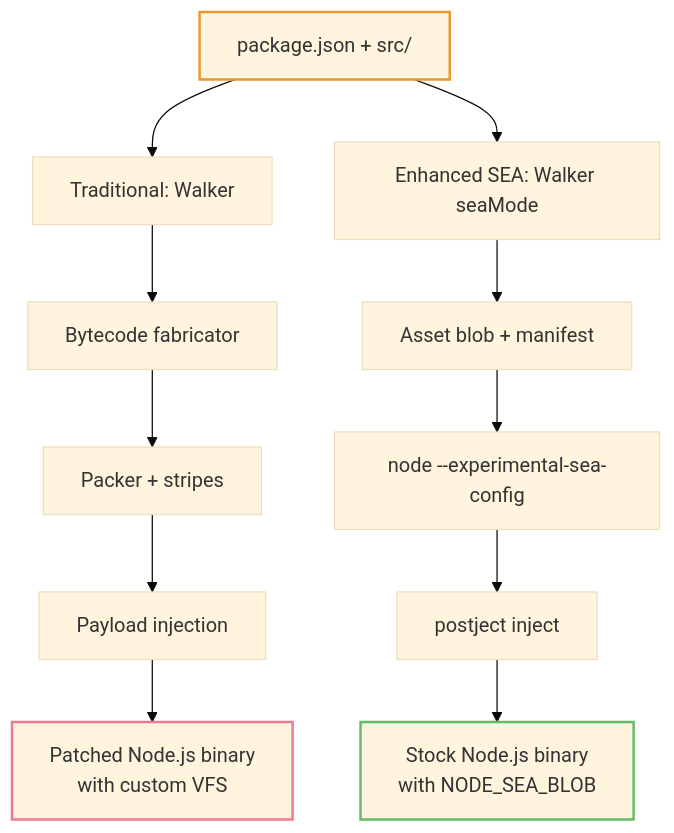
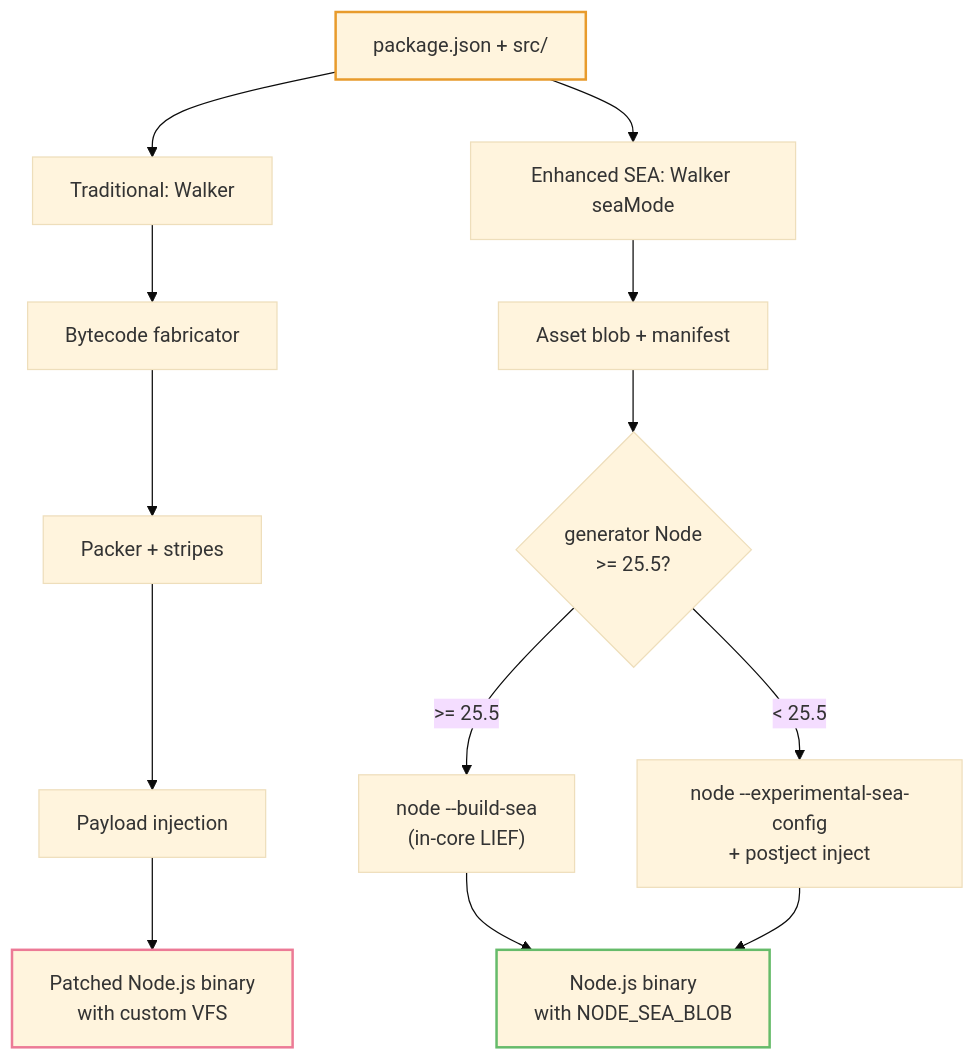
The first of 4 diagrams in docs/ARCHITECTURE.md (yao-pkg/pkg), drawn with Mermaid (base theme) before and after one commit. The commit also changed other lines of this file and 2 other files, not shown here.

````diff
--- a/docs/ARCHITECTURE.md
+++ b/docs/ARCHITECTURE.md
@@ -9,21 +9,23 @@
 ```mermaid
 flowchart TD
     P["package.json + src/"]
 
     P --> T1["Traditional: Walker"]
     P --> S1["Enhanced SEA: Walker seaMode"]
 
     T1 --> T2["Bytecode fabricator"]
     T2 --> T3["Packer + stripes"]
     T3 --> T4["Payload injection"]
     T4 --> TB["Patched Node.js binary<br/>with custom VFS"]
 
     S1 --> S2["Asset blob + manifest"]
-    S2 --> S3["node --experimental-sea-config"]
-    S3 --> S4["postject inject"]
-    S4 --> SB["Stock Node.js binary<br/>with NODE_SEA_BLOB"]
+    S2 --> S3{"generator Node<br/>>= 25.5?"}
+    S3 -- ">= 25.5" --> S3a["node --build-sea<br/>(in-core LIEF)"]
+    S3 -- "< 25.5" --> S3b["node --experimental-sea-config<br/>+ postject inject"]
+    S3a --> SB["Node.js binary<br/>with NODE_SEA_BLOB"]
+    S3b --> SB
 
     style P stroke:#e89b2c,stroke-width:2px
     style TB stroke:#ec7a96,stroke-width:2px
     style SB stroke:#66bb6a,stroke-width:2px
 ```
````
